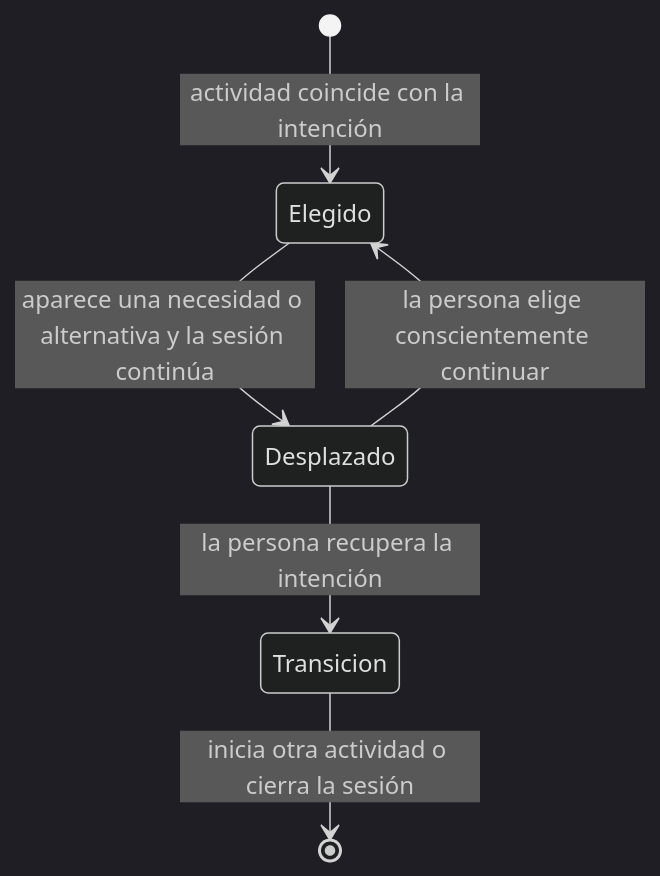
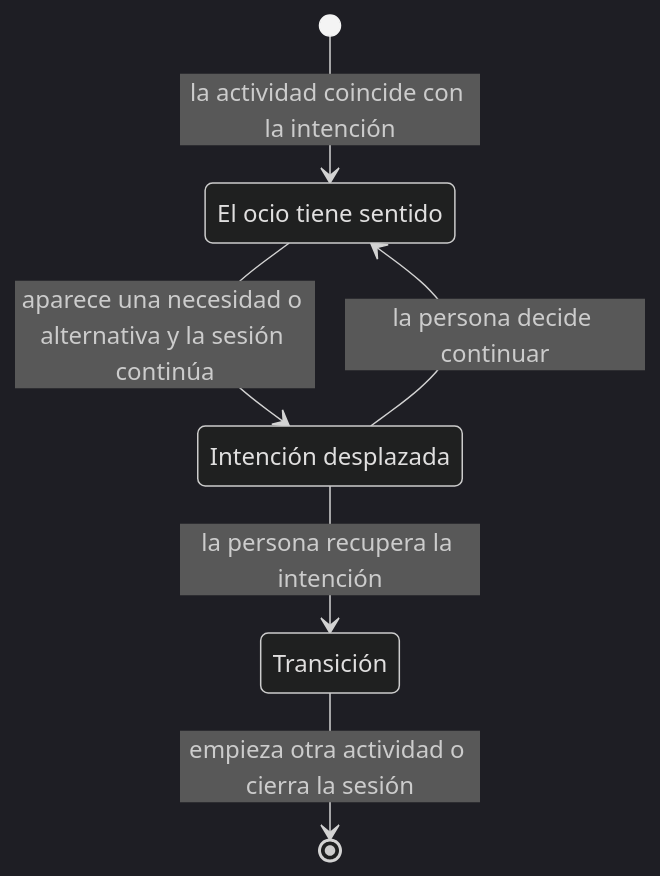
Before and after one commit to joan1542003-byte/proyecto-titulo: the diagram in 08_memoria/anexos/anexo-a-entrevistas.md, drawn with Mermaid (dark theme). The commit also changed other lines of this file and 20 other files, not shown here.

````diff
--- a/08_memoria/anexos/anexo-a-entrevistas.md
+++ b/08_memoria/anexos/anexo-a-entrevistas.md
@@ -446,8 +452,11 @@
 ```mermaid
 stateDiagram-v2
-    [*] --> Elegido: actividad coincide con la intención
-    Elegido --> Desplazado: aparece una necesidad o alternativa y la sesión continúa
-    Desplazado --> Elegido: la persona elige conscientemente continuar
-    Desplazado --> Transicion: la persona recupera la intención
-    Transicion --> [*]: inicia otra actividad o cierra la sesión
+    state "El ocio tiene sentido" as Sentido
+    state "Intención desplazada" as Desplazada
+    state "Transición" as Transicion
+    [*] --> Sentido: la actividad coincide con la intención
+    Sentido --> Desplazada: aparece una necesidad o alternativa y la sesión continúa
+    Desplazada --> Sentido: la persona decide continuar
+    Desplazada --> Transicion: la persona recupera la intención
+    Transicion --> [*]: empieza otra actividad o cierra la sesión
 ```
````
